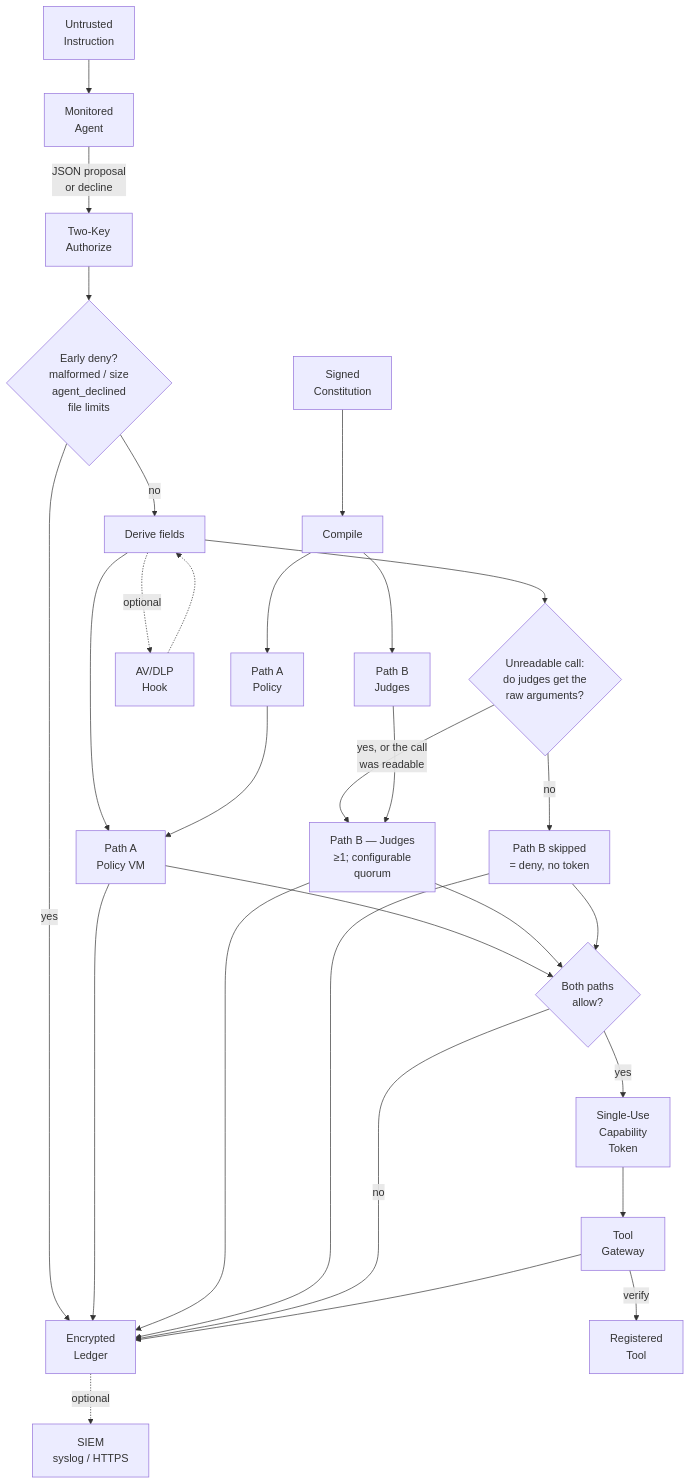
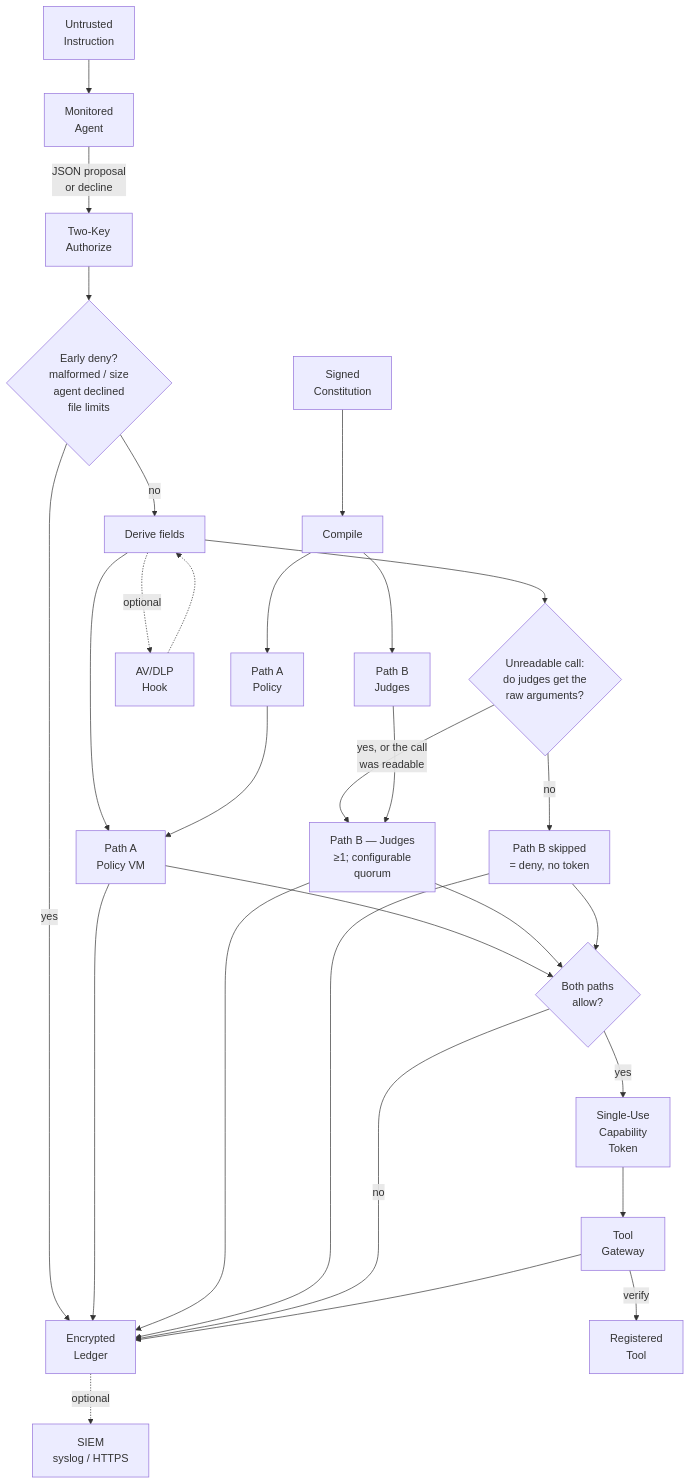
One commit to Insomniac-VibeLabs/two-key changed the second of 4 diagrams in README.md. Above: the diagram before and after it, drawn with Mermaid. The commit also changed 7 other files, not shown here.

First line of the commit message:
Docs: diagram labels use plain words instead of code names

````diff
--- a/README.md
+++ b/README.md
@@ -331,41 +331,41 @@
 ```mermaid
 flowchart TD
   constitution["Signed<br/>Constitution"] --> compile["Compile"]
   compile --> bytecode["Path A<br/>Policy"]
   compile --> judgeText["Path B<br/>Judges"]
 
   instruction["Untrusted<br/>Instruction"] --> agent["Monitored<br/>Agent"]
   agent -->|"JSON proposal<br/>or decline"| authorize["Two-Key<br/>Authorize"]
 
-  authorize --> early{"Early deny?<br/>malformed / size<br/>agent_declined<br/>file limits"}
+  authorize --> early{"Early deny?<br/>malformed / size<br/>agent declined<br/>file limits"}
   early -->|yes| ledger["Encrypted<br/>Ledger"]
   early -->|no| derive["Derive fields"]
 
   derive -.->|"optional"| hook["AV/DLP<br/>Hook"]
   hook -.-> derive
 
   derive --> pathA["Path A<br/>Policy VM"]
   bytecode --> pathA
 
   derive --> pbCheck{"Unreadable call:<br/>do judges get the<br/>raw arguments?"}
   pbCheck -->|"no"| skipped["Path B skipped<br/>= deny, no token"]
   pbCheck -->|"yes, or the call<br/>was readable"| pathB["Path B — Judges<br/>≥1; configurable<br/>quorum"]
   judgeText --> pathB
 
   pathA --> gate{"Both paths<br/>allow?"}
   pathB --> gate
   skipped --> gate
 
   pathA --> ledger
   pathB --> ledger
   skipped --> ledger
 
   gate -->|no| ledger
   gate -->|yes| token["Single-Use<br/>Capability<br/>Token"]
 
   token --> gateway["Tool<br/>Gateway"]
   gateway -->|"verify"| tool["Registered<br/>Tool"]
   gateway --> ledger
 
   ledger -.->|"optional"| siem["SIEM<br/>syslog / HTTPS"]
 ```
````
